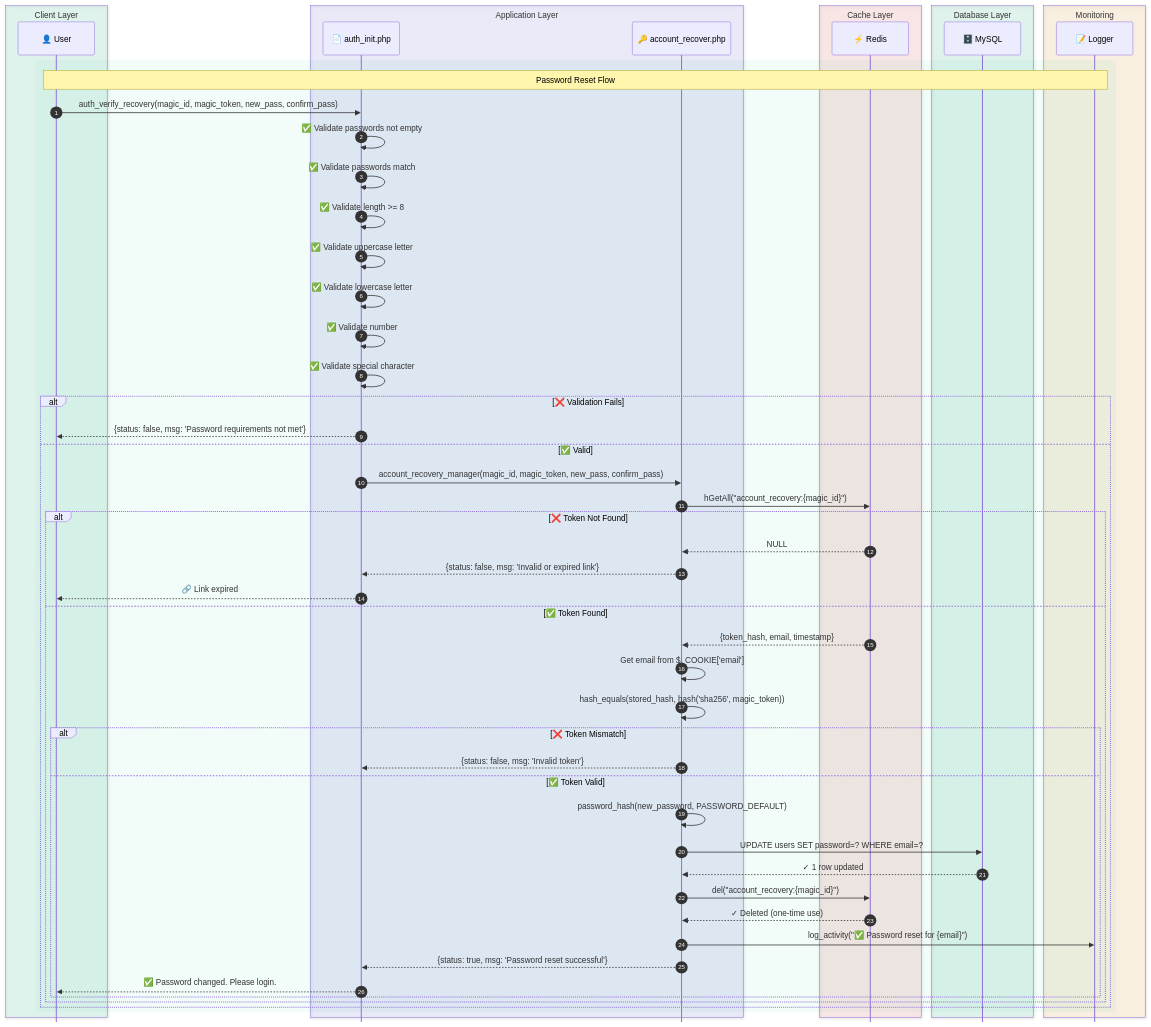
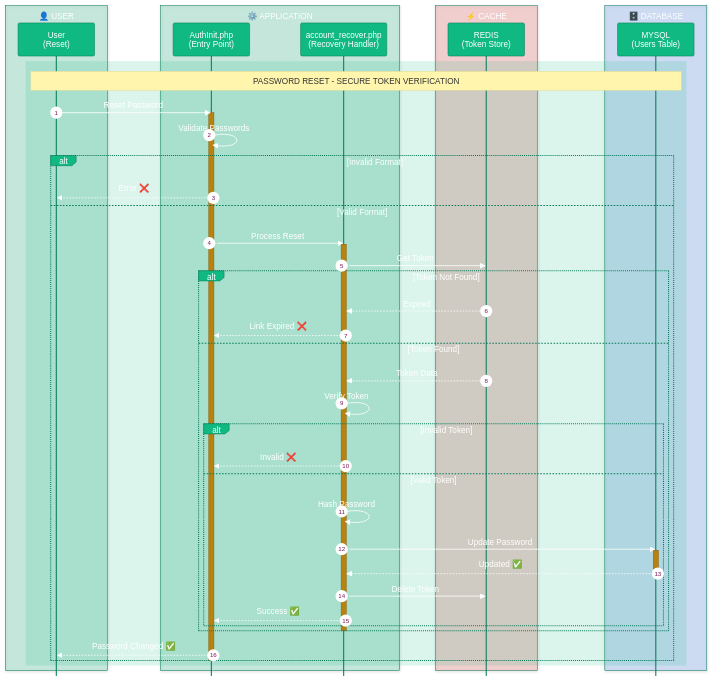
Before and after one commit to Vercodea/auth-core: the seventh of 8 diagrams in README.md, drawn with Mermaid. The commit also changed other lines of this file, not shown here.

Commit message:
Initial commit: Vercodea Auth Core v1.0.0

````diff
--- a/README.md
+++ b/README.md
@@ -995,73 +872,53 @@
 ```mermaid
-%%{init: {'theme': 'default', 'themeVariables': { 'primaryColor': '#10b981', 'primaryTextColor': '#ffffff', 'primaryBorderColor': '#047857', 'lineColor': '#10b981', 'fontSize': '16px', 'fontFamily': 'arial'}, 'sequence': {'mirrorActors': false}}}%%
+%%{init: {'theme': 'base', 'themeVariables': {'fontSize': '32px', 'fontFamily': 'arial', 'primaryColor': '#10b981', 'primaryTextColor': '#ffffff', 'primaryBorderColor': '#047857', 'lineColor': '#86efac', 'tertiaryColor': '#dcfce7', 'tertiaryBorderColor': '#86efac', 'tertiaryTextColor': '#166534'}, 'sequence': {'mirrorActors': false, 'actorMargin': 100, 'actorFontSize': '32px', 'messageFontSize': '32px'}}}%%
 sequenceDiagram
     autonumber
-    box rgb(16, 185, 129, 0.1) Client Layer
-        participant User as 👤 User
+    box rgb(16, 185, 129, 0.2) 👤 USER
+        participant User as User<br/>(Reset)
     end
-    box rgb(99, 102, 241, 0.1) Application Layer
-        participant Auth as 📄 auth_init.php
-        participant Recover as 🔑 account_recover.php
+    box rgb(16, 185, 129, 0.2) ⚙️ APPLICATION
+        participant Auth as AuthInit.php<br/>(Entry Point)
+        participant Recover as account_recover.php<br/>(Recovery Handler)
     end
-    box rgb(239, 68, 68, 0.1) Cache Layer
-        participant Redis as ⚡ Redis
+    box rgb(239, 68, 68, 0.2) ⚡ CACHE
+        participant Redis as REDIS<br/>(Token Store)
     end
-    box rgb(16, 185, 129, 0.1) Database Layer
-        participant MySQL as 🗄️ MySQL
-    end
-    box rgb(245, 158, 11, 0.1) Monitoring
-        participant Logs as 📝 Logger
+    box rgb(59, 130, 246, 0.2) 🗄️ DATABASE
+        participant MySQL as MYSQL<br/>(Users Table)
     end
     
-    rect rgb(16, 185, 129, 0.05)
-        Note over User,Logs: Password Reset Flow
-        
-        User->>Auth: auth_verify_recovery(magic_id, magic_token, new_pass, confirm_pass)
-        
-        Auth->>Auth: ✅ Validate passwords not empty
-        Auth->>Auth: ✅ Validate passwords match
-        Auth->>Auth: ✅ Validate length >= 8
-        Auth->>Auth: ✅ Validate uppercase letter
-        Auth->>Auth: ✅ Validate lowercase letter
-        Auth->>Auth: ✅ Validate number
-        Auth->>Auth: ✅ Validate special character
-        
-        alt ❌ Validation Fails
-            Auth-->>User: {status: false, msg: 'Password requirements not met'}
-        else ✅ Valid
-            
-            Auth->>Recover: account_recovery_manager(magic_id, magic_token, new_pass, confirm_pass)
-            
-            Recover->>Redis: hGetAll("account_recovery:{magic_id}")
-            
-            alt ❌ Token Not Found
-                Redis-->>Recover: NULL
-                Recover-->>Auth: {status: false, msg: 'Invalid or expired link'}
-                Auth-->>User: 🔗 Link expired
-            else ✅ Token Found
-                Redis-->>Recover: {token_hash, email, timestamp}
-                
-                Recover->>Recover: Get email from $_COOKIE['email']
-                Recover->>Recover: hash_equals(stored_hash, hash('sha256', magic_token))
-                
-                alt ❌ Token Mismatch
-                    Recover-->>Auth: {status: false, msg: 'Invalid token'}
-                else ✅ Token Valid
-                    
-                    Recover->>Recover: password_hash(new_password, PASSWORD_DEFAULT)
-                    
-                    Recover->>MySQL: UPDATE users SET password=? WHERE email=?
-                    MySQL-->>Recover: ✓ 1 row updated
-                    
-                    Recover->>Redis: del("account_recovery:{magic_id}")
-                    Redis-->>Recover: ✓ Deleted (one-time use)
-                    
-                    Recover->>Logs: log_activity("✅ Password reset for {email}")
-                    
-                    Recover-->>Auth: {status: true, msg: 'Password reset successful'}
-                    Auth-->>User: ✅ Password changed. Please login.
+    rect rgb(16, 185, 129, 0.15)
+        Note over User,MySQL: PASSWORD RESET - SECURE TOKEN VERIFICATION
+        User->>Auth: Reset Password
+        activate Auth
+        Auth->>Auth: Validate Passwords
+        alt Invalid Format
+            Auth-->>User: Error ❌
+        else Valid Format
+            Auth->>Recover: Process Reset
+            activate Recover
+            Recover->>Redis: Get Token
+            alt Token Not Found
+                Redis-->>Recover: Expired
+                Recover-->>Auth: Link Expired ❌
+            else Token Found
+                Redis-->>Recover: Token Data
+                Recover->>Recover: Verify Token
+                alt Invalid Token
+                    Recover-->>Auth: Invalid ❌
+                else Valid Token
+                    Recover->>Recover: Hash Password
+                    Recover->>MySQL: Update Password
+                    activate MySQL
+                    MySQL-->>Recover: Updated ✅
+                    deactivate MySQL
+                    Recover->>Redis: Delete Token
+                    Recover-->>Auth: Success ✅
                 end
             end
+            deactivate Recover
+            Auth-->>User: Password Changed ✅
         end
+        deactivate Auth
     end
 ```
````
